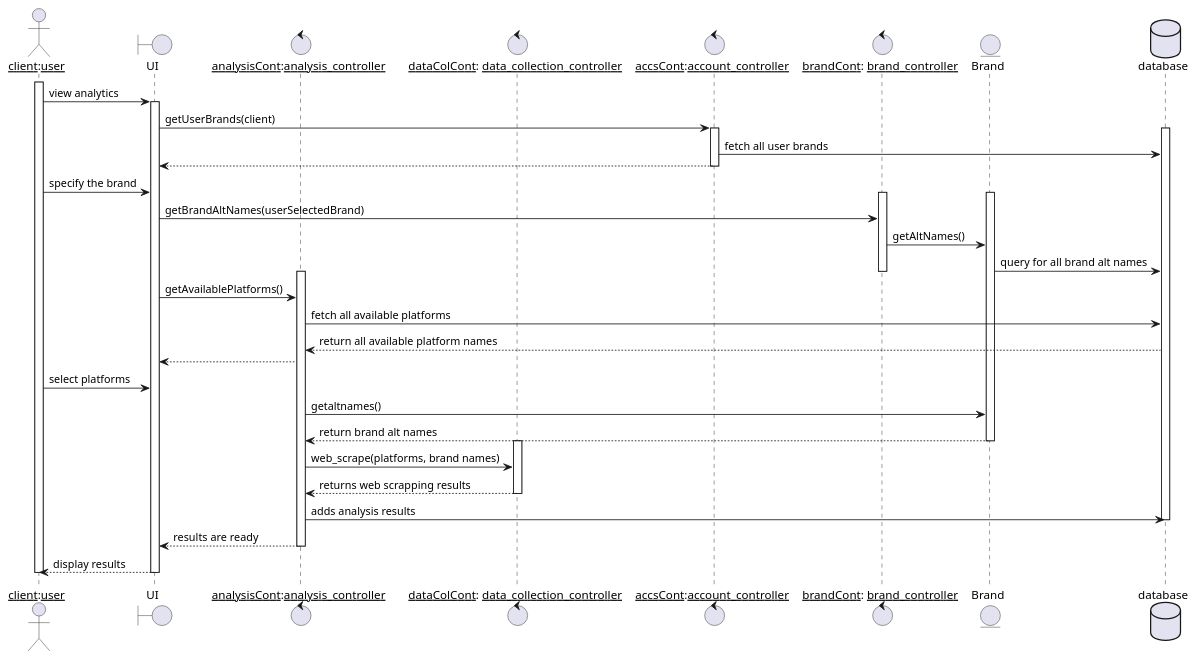
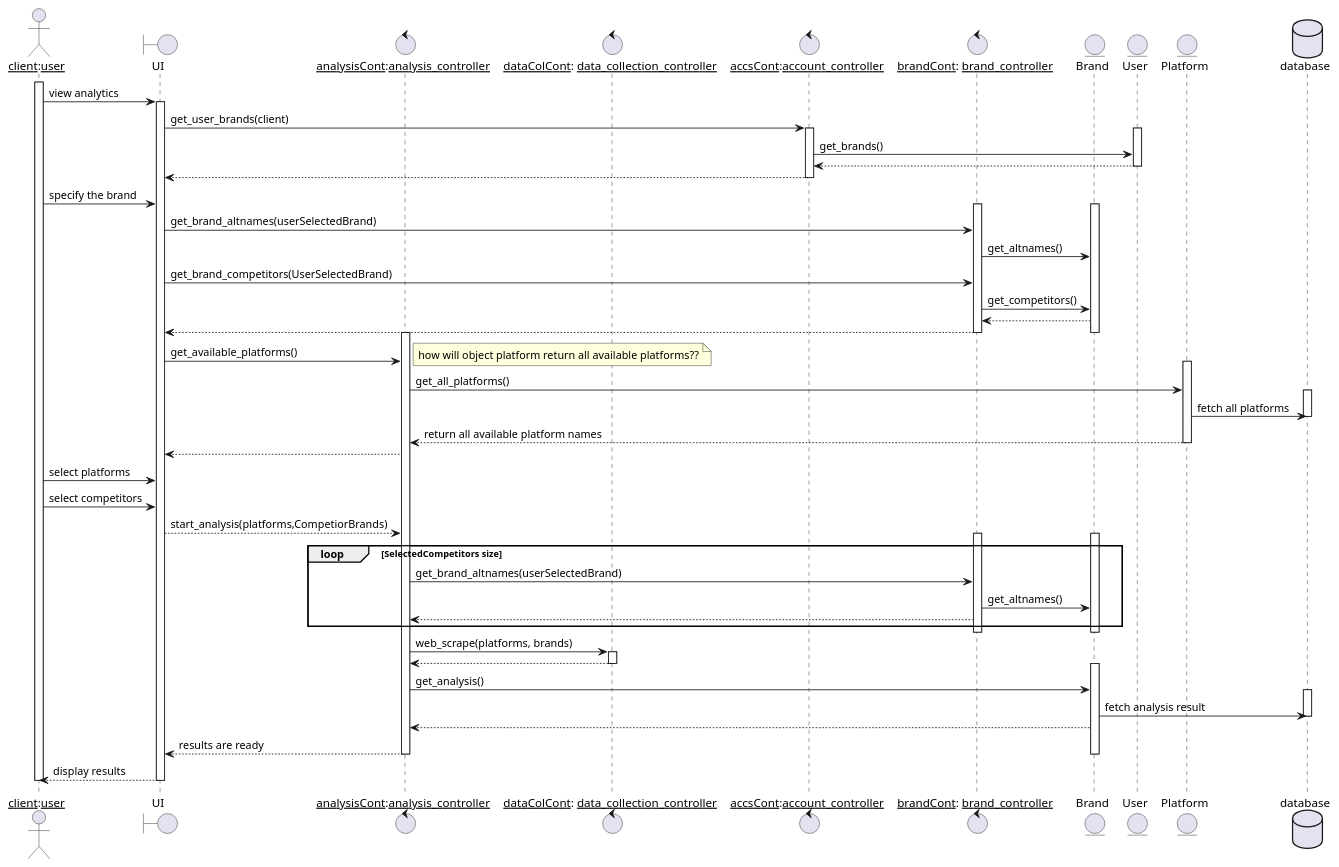
One commit to NadaaSelim/GP changed the diagram in Graphs/sequence_view_analytics.puml. Above: the diagram before and after it, drawn with PlantUML. The commit also changed 9 other files, not shown here.

Commit message:
diagrams done

```diff
--- a/Graphs/sequence_view_analytics.puml
+++ b/Graphs/sequence_view_analytics.puml
@@ -1,54 +1,114 @@
 @startuml
 actor "__client__:__user__" as client
 boundary UI
 control "__analysisCont__:__analysis_controller__" as AC
 control "__dataColCont__: __data_collection_controller__" as DC
 control "__accsCont__:__account_controller__" as AccsC
 control "__brandCont__: __brand_controller__" as BC
 
 entity Brand
+entity User
+entity Platform
 database database
+
 
 activate client
 client -> UI: view analytics
 activate UI
-UI -> AccsC: getUserBrands(client)
+UI -> AccsC: get_user_brands(client)
 activate AccsC
-activate database
-
-AccsC -> database: fetch all user brands
+activate User
+AccsC -> User: get_brands()
+User --> AccsC:
+deactivate User
 AccsC --> UI:
 deactivate AccsC
 UI <- client: specify the brand
 activate BC
 activate Brand
 
-UI -> BC : getBrandAltNames(userSelectedBrand)
-BC -> Brand: getAltNames()
-Brand -> database : query for all brand alt names
+UI -> BC : get_brand_altnames(userSelectedBrand)
+BC -> Brand: get_altnames()
 
+UI -> BC: get_brand_competitors(UserSelectedBrand)
+BC -> Brand: get_competitors()
+Brand --> BC:
+BC --> UI:
 deactivate BC
+deactivate Brand
 activate AC
-UI -> AC: getAvailablePlatforms()
-AC -> database: fetch all available platforms
-database --> AC: return all available platform names
+UI -> AC: get_available_platforms()
+activate Platform
+
+note right
+how will object platform return all available platforms??
+end note
+AC -> Platform: get_all_platforms()
+activate database
+Platform -> database : fetch all platforms
+deactivate database
+Platform --> AC: return all available platform names
+deactivate Platform
 AC --> UI: 
 UI <- client : select platforms
-AC -> Brand: getaltnames()
-Brand--> AC: return brand alt names
+UI <- client : select competitors
+UI --> AC: start_analysis(platforms,CompetiorBrands)
+activate BC
+activate Brand
+loop SelectedCompetitors size
+    AC -> BC: get_brand_altnames(userSelectedBrand)
+    BC -> Brand: get_altnames()
+    BC --> AC:
+end 
+deactivate Brand
+deactivate BC 
+AC -> DC : web_scrape(platforms, brands)
+activate DC
+DC --> AC: 
+deactivate DC
+activate Brand
+AC -> Brand : get_analysis()
+activate database
+Brand -> database: fetch analysis result
+deactivate database
+Brand --> AC:
+AC --> UI : results are ready
 deactivate Brand
 
-activate DC
-AC -> DC : web_scrape(platforms, brand names)
-DC --> AC: returns web scrapping results
-deactivate DC
-AC -> database : adds analysis results
-deactivate database
-AC --> UI : results are ready
 deactivate AC
 UI --> client : display results
 deactivate UI
 deactivate client
 
+/'UI --> AC: start_analysis(client)
+AC -> Brand: get_alt_names()
+Brand--> AC: return brand alt names
+activate AccsC
+AC -> AccsC: get_competitors(brand)
+AccsC -> User: get_competitors()
+User --> AccsC:
+deactivate AccsC
+loop competitors_size times
+    AC -> Brand: get_alt_names()
+    AC <-- Brand:
+end
 
+AC -> DC : web_scrape(platforms, brands)
+activate DC
+DC --> AC: 
+deactivate DC
+
+AC -> Brand : get_analysis()
+Brand -> database: fetch analysis result
+Brand --> AC:
+deactivate database
+AC --> UI : results are ready
+deactivate Brand
+
+deactivate AC
+UI --> client : display results
+deactivate UI
+deactivate client
+
+'/
 @enduml
```
